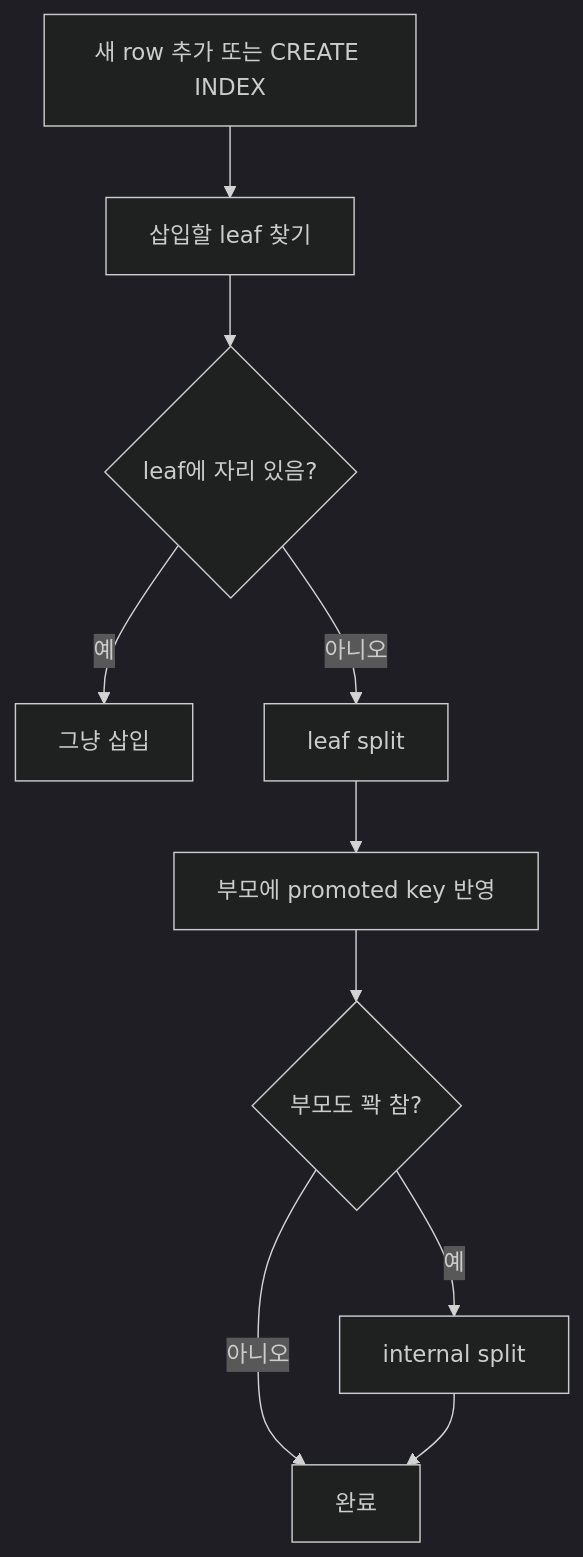
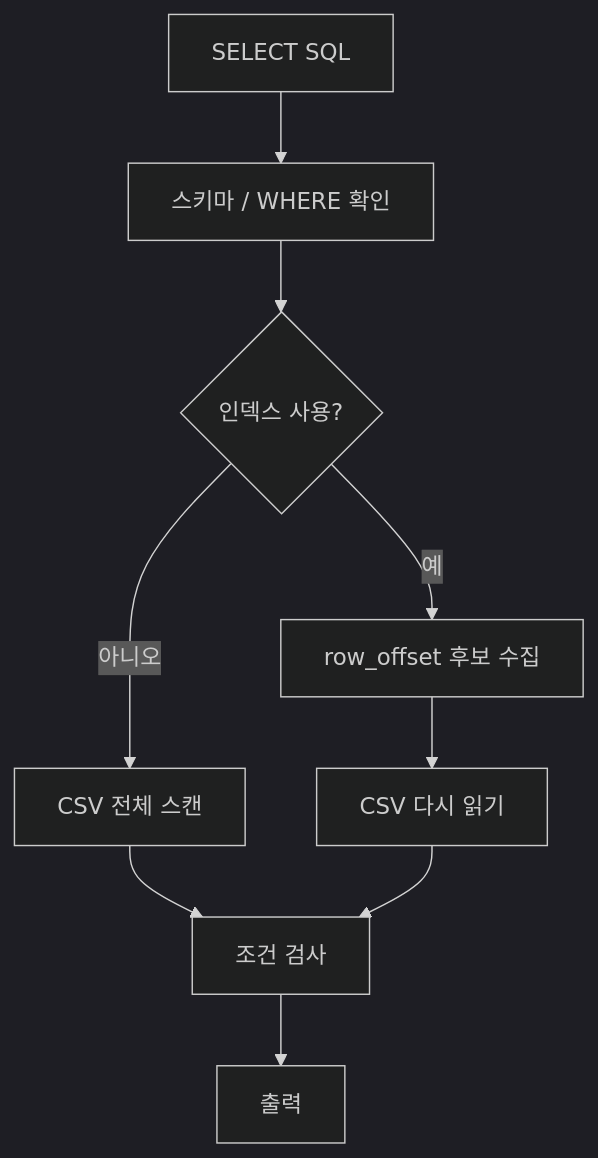
The seventh of 7 diagrams in docs/code-reading-notes.md (Jungle-12-303/week6-team5-sql), drawn with Mermaid (dark theme) before and after one commit. The commit also changed other lines of this file, not shown here.

````diff
--- a/docs/code-reading-notes.md
+++ b/docs/code-reading-notes.md
@@ -329,12 +517,11 @@
 ```mermaid
 flowchart TD
-    A["새 row 추가 또는 CREATE INDEX"] --> B["삽입할 leaf 찾기"]
-    B --> C{"leaf에 자리 있음?"}
-    C -- 예 --> D["그냥 삽입"]
-    C -- 아니오 --> E["leaf split"]
-    E --> F["부모에 promoted key 반영"]
-    F --> G{"부모도 꽉 참?"}
-    G -- 예 --> H["internal split"]
-    G -- 아니오 --> I["완료"]
-    H --> I
+    A["SELECT SQL"] --> B["스키마 / WHERE 확인"]
+    B --> C{"인덱스 사용?"}
+    C -- "예" --> D["row_offset 후보 수집"]
+    C -- "아니오" --> E["CSV 전체 스캔"]
+    D --> F["CSV 다시 읽기"]
+    E --> G["조건 검사"]
+    F --> G
+    G --> H["출력"]
 ```
````
